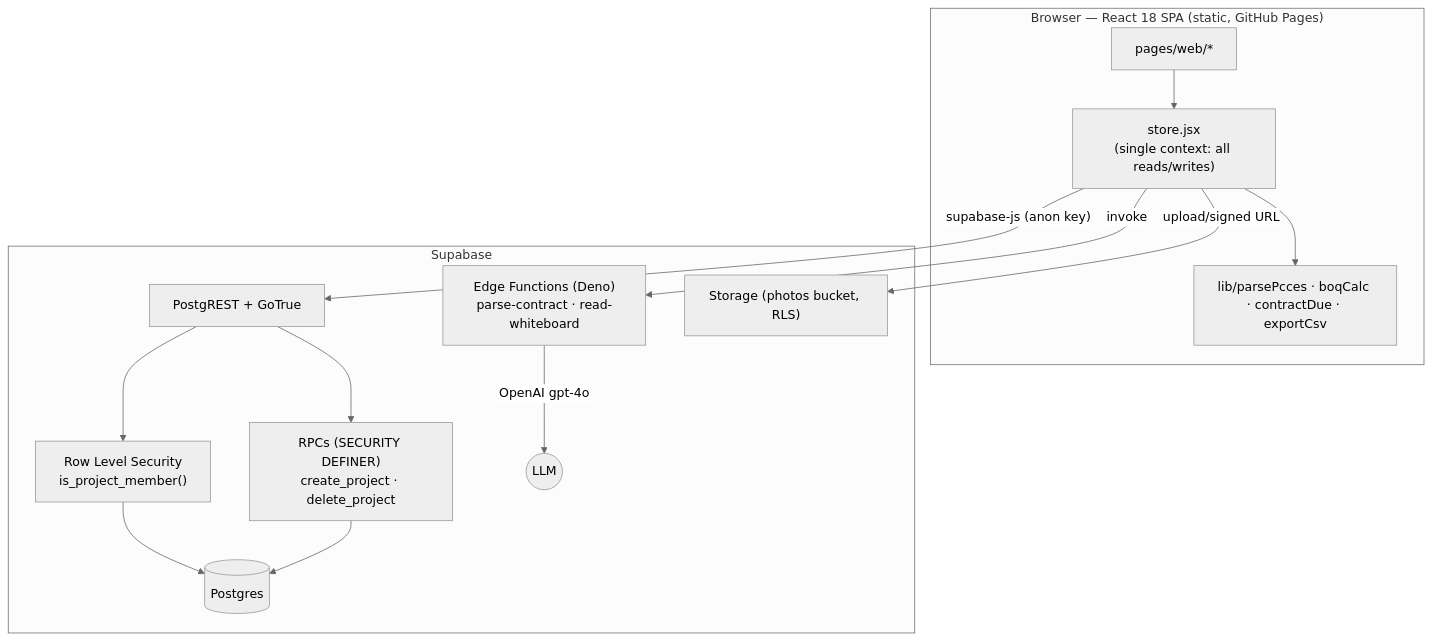
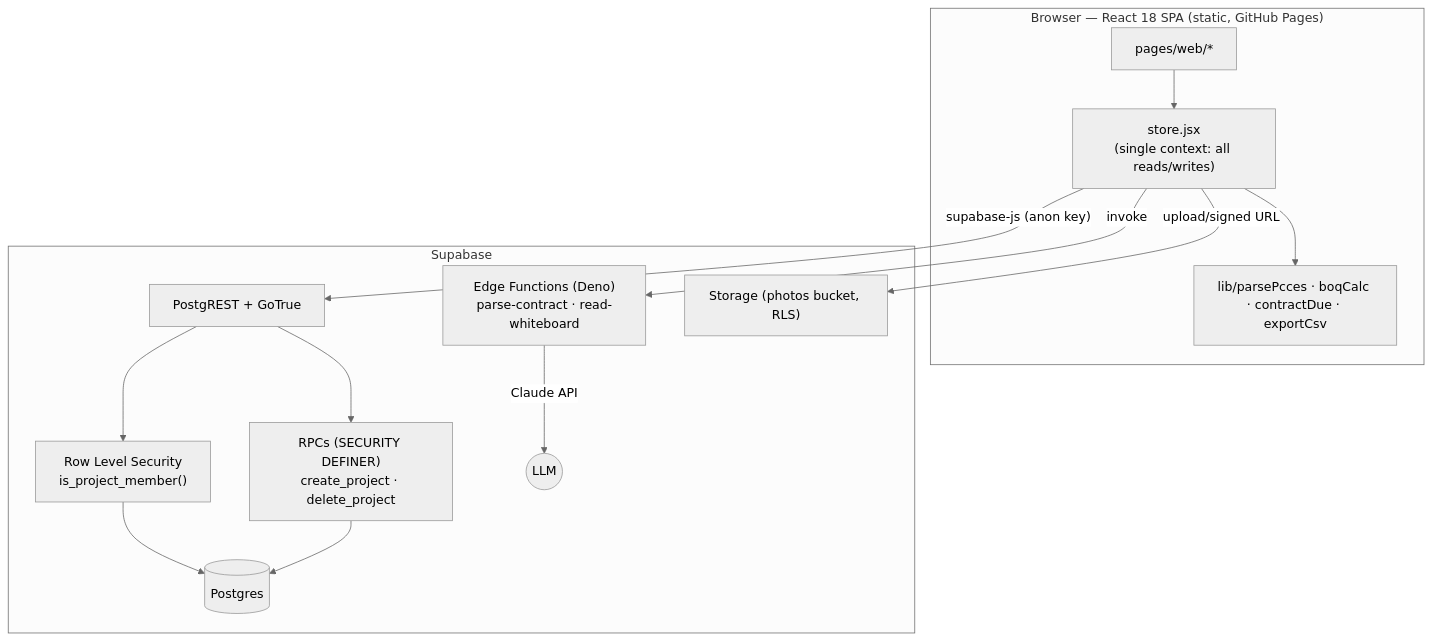
One commit to ryanxxhuang/PMIS changed the second of 2 diagrams in README.md. Above: the diagram before and after it, drawn with Mermaid (neutral theme). The commit also changed other lines of this file and 4 other files, not shown here.

````diff
--- a/README.md
+++ b/README.md
@@ -127,18 +127,18 @@
 ```mermaid
 flowchart TB
   subgraph Browser["Browser — React 18 SPA (static, GitHub Pages)"]
     P["pages/web/*"] --> S["store.jsx<br/>(single context: all reads/writes)"]
     S --> L["lib/parsePcces · boqCalc · contractDue · exportCsv"]
   end
   S -->|"supabase-js (anon key)"| API
   S -->|"invoke"| FN
   subgraph Supabase
     API["PostgREST + GoTrue"] --> RLS["Row Level Security<br/>is_project_member()"]
     RLS --> DB[("Postgres")]
     API --> RPC["RPCs (SECURITY DEFINER)<br/>create_project · delete_project"]
     RPC --> DB
     STG["Storage (photos bucket, RLS)"]
-    FN["Edge Functions (Deno)<br/>parse-contract · read-whiteboard"] -->|OpenAI gpt-4o| AI(("LLM"))
+    FN["Edge Functions (Deno)<br/>parse-contract · read-whiteboard"] -->|Claude API| AI(("LLM"))
   end
   S -->|"upload/signed URL"| STG
 ```
````
